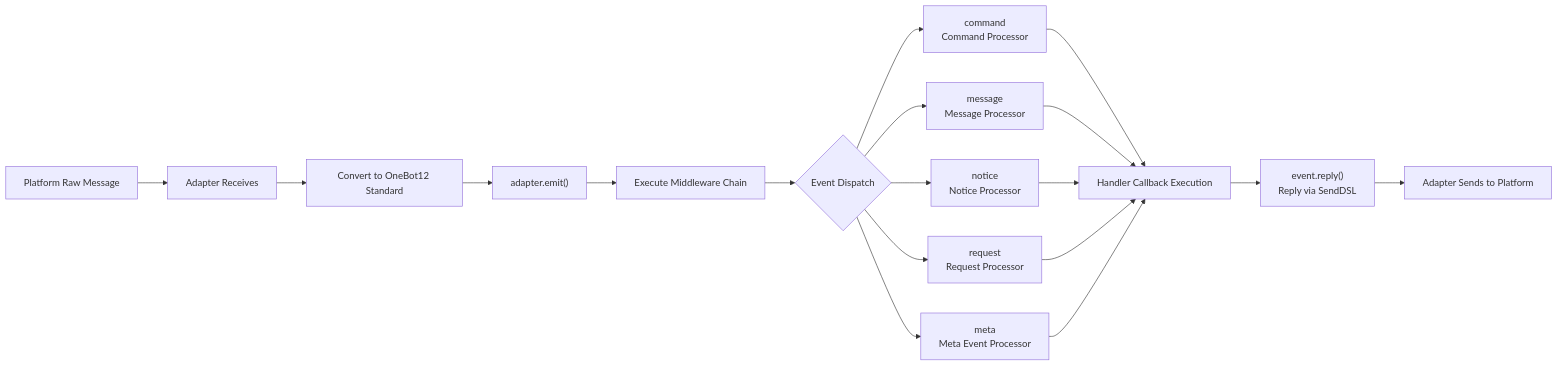
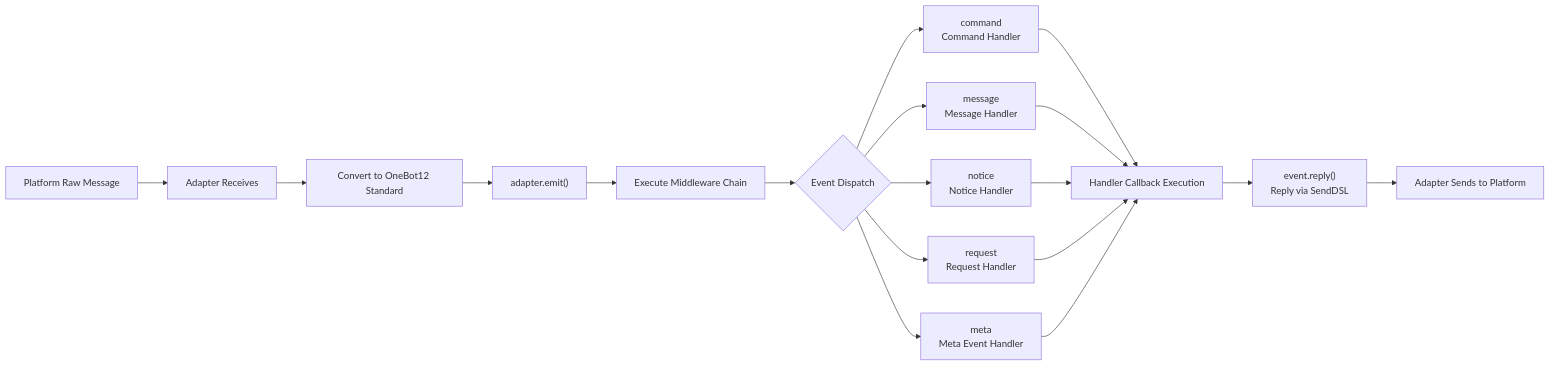
One commit to ErisPulse/ErisPulse changed the third of 9 diagrams in docs/en/architecture.md. Above: the diagram before and after it, drawn with Mermaid. The commit also changed other lines of this file and 79 other files, not shown here.

````diff
--- a/docs/en/architecture.md
+++ b/docs/en/architecture.md
@@ -88,16 +88,16 @@
 ```mermaid
 flowchart LR
     A["Platform Raw Message"] --> B["Adapter Receives"]
     B --> C["Convert to OneBot12 Standard"]
     C --> D["adapter.emit()"]
     D --> E["Execute Middleware Chain"]
     E --> F{"Event Dispatch"}
-    F --> G1["command<br/>Command Processor"]
-    F --> G2["message<br/>Message Processor"]
-    F --> G3["notice<br/>Notice Processor"]
-    F --> G4["request<br/>Request Processor"]
-    F --> G5["meta<br/>Meta Event Processor"]
+    F --> G1["command<br/>Command Handler"]
+    F --> G2["message<br/>Message Handler"]
+    F --> G3["notice<br/>Notice Handler"]
+    F --> G4["request<br/>Request Handler"]
+    F --> G5["meta<br/>Meta Event Handler"]
     G1 & G2 & G3 & G4 & G5 --> H["Handler Callback Execution"]
     H --> I["event.reply()<br/>Reply via SendDSL"]
     I --> J["Adapter Sends to Platform"]
 ```
````
